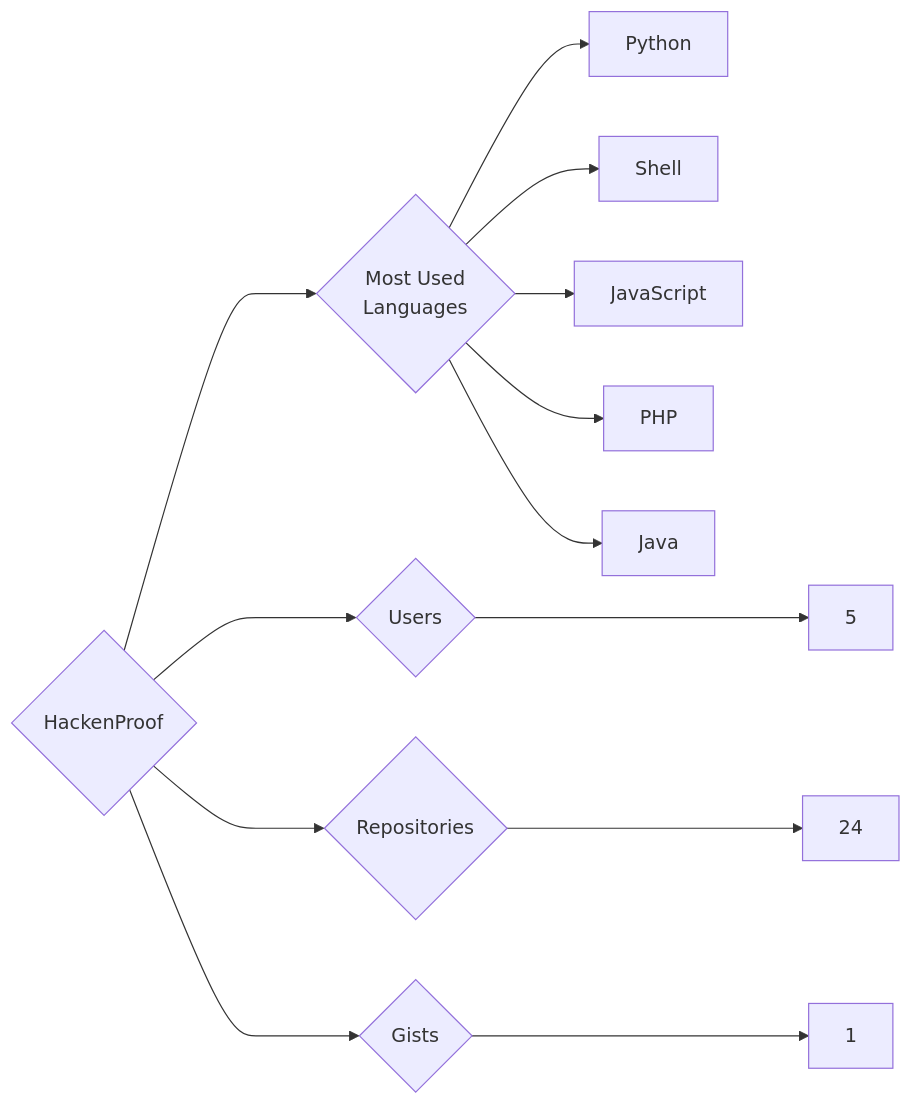
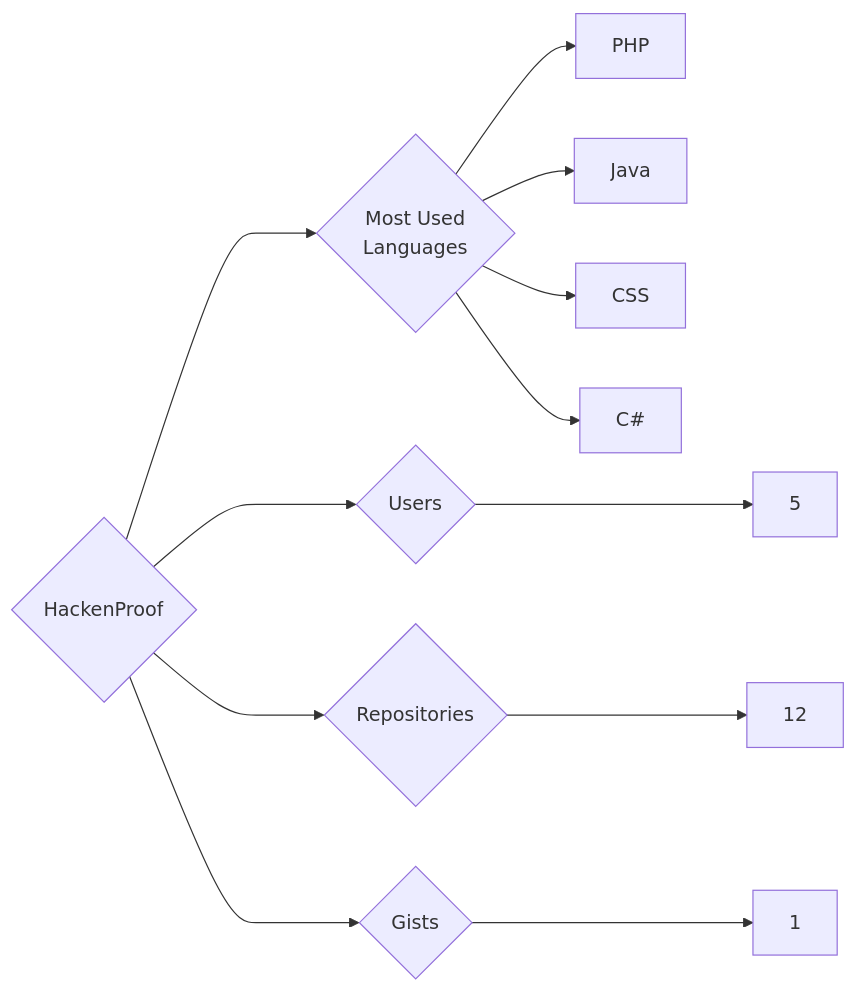
The diagram in targets/HackenProof/README.md (trickest/insiders), drawn with Mermaid before and after one commit. The commit also changed 783 other files, not shown here.

````diff
--- a/targets/HackenProof/README.md
+++ b/targets/HackenProof/README.md
@@ -3,13 +3,12 @@
 ```mermaid
 graph LR
 COMPANY_NAME{HackenProof}
 COMPANY_NAME ---> U{Users} ---> UN[5]
-COMPANY_NAME ---> R{Repositories} ---> RN[24]
+COMPANY_NAME ---> R{Repositories} ---> RN[12]
 COMPANY_NAME ---> G{Gists} ---> GN[1]
 COMPANY_NAME ---> ML{Most Used<br>Languages}
-ML --> Python[Python]
-ML --> Shell[Shell]
-ML --> JavaScript[JavaScript]
 ML --> PHP[PHP]
 ML --> Java[Java]
+ML --> CSS[CSS]
+ML --> C#[C#]
 ```
````
